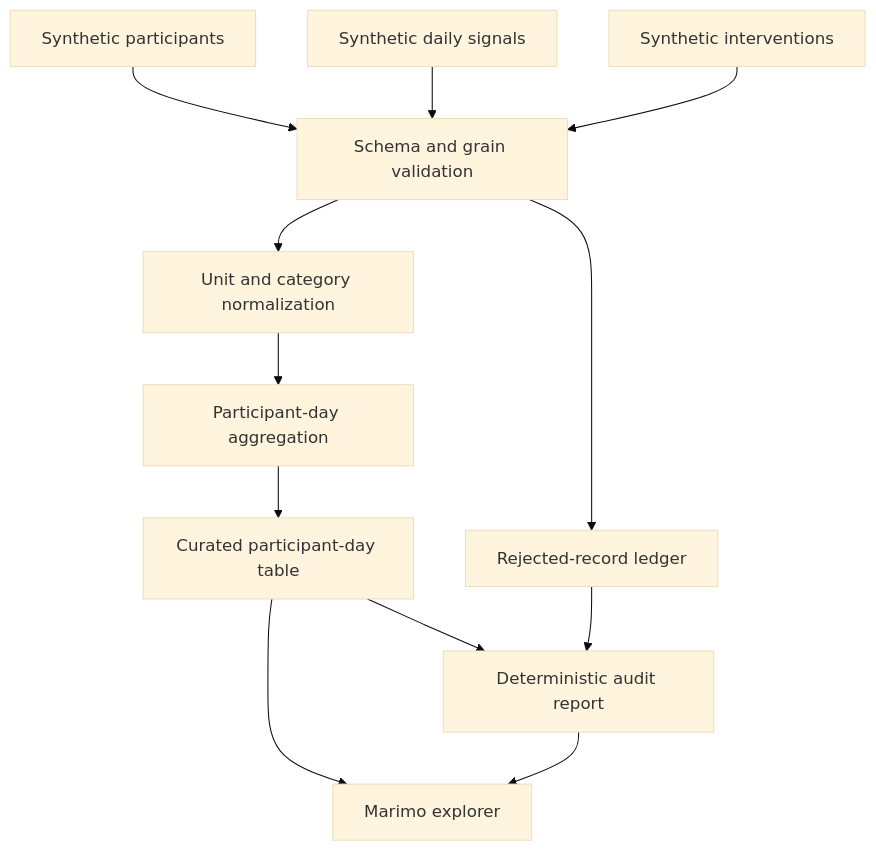
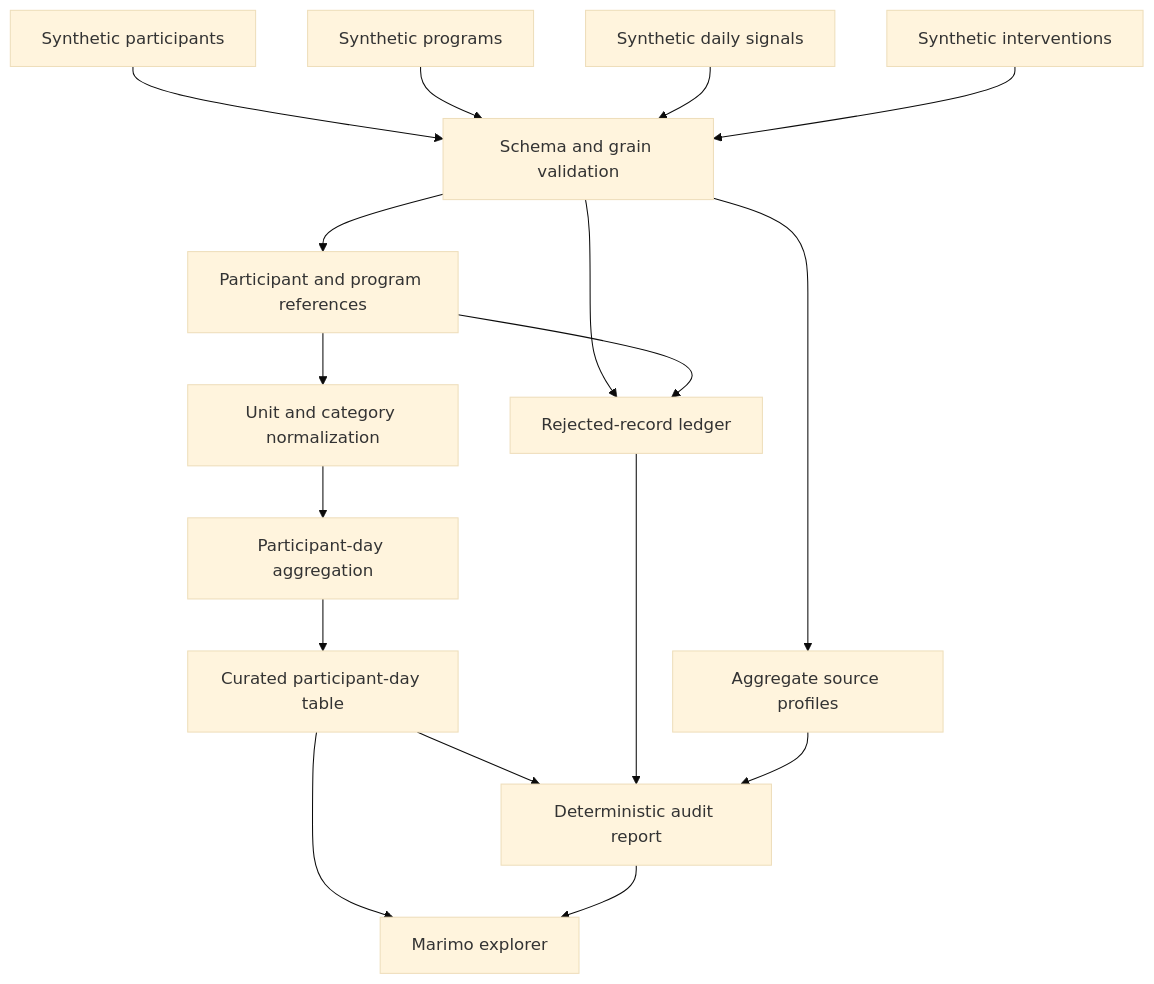
One commit to Saltiola7/Data-Analysis-Portfolio changed the diagram in docs/specs/wellness_data_pipeline/README.md. Above: the diagram before and after it, drawn with Mermaid (base theme). The commit also changed other lines of this file and 4 other files, not shown here.

````diff
--- a/docs/specs/wellness_data_pipeline/README.md
+++ b/docs/specs/wellness_data_pipeline/README.md
@@ -23,28 +23,36 @@
 ```mermaid
 graph TD
     accTitle: Synthetic wellness pipeline data flow
-    accDescr: Three fictional source grains pass schema validation and normalization. Valid records aggregate to a participant-day table, invalid records enter a controlled rejection ledger, and both feed deterministic audit evidence and a Marimo explorer.
+    accDescr: Four fictional source grains pass schema validation, referential checks, and normalization. Programs enrich interventions before valid records aggregate to a participant-day table. Invalid records enter a controlled rejection ledger. Source profiles, curated rows, and rejected rows feed deterministic audit evidence and a Marimo explorer.
 
     PEOPLE["Synthetic participants"]
+    PROGRAMS["Synthetic programs"]
     SIGNALS["Synthetic daily signals"]
     ACTIONS["Synthetic interventions"]
     VALIDATE["Schema and grain validation"]
+    REFERENCES["Participant and program references"]
     NORMALIZE["Unit and category normalization"]
     AGGREGATE["Participant-day aggregation"]
     ACCEPTED["Curated participant-day table"]
     REJECTED["Rejected-record ledger"]
+    PROFILES["Aggregate source profiles"]
     AUDIT["Deterministic audit report"]
     MARIMO["Marimo explorer"]
 
     PEOPLE --> VALIDATE
+    PROGRAMS --> VALIDATE
     SIGNALS --> VALIDATE
     ACTIONS --> VALIDATE
-    VALIDATE --> NORMALIZE
+    VALIDATE --> REFERENCES
+    REFERENCES --> NORMALIZE
     NORMALIZE --> AGGREGATE
     AGGREGATE --> ACCEPTED
     VALIDATE --> REJECTED
+    REFERENCES --> REJECTED
+    VALIDATE --> PROFILES
     ACCEPTED --> AUDIT
     REJECTED --> AUDIT
+    PROFILES --> AUDIT
     ACCEPTED --> MARIMO
     AUDIT --> MARIMO
 ```
````
